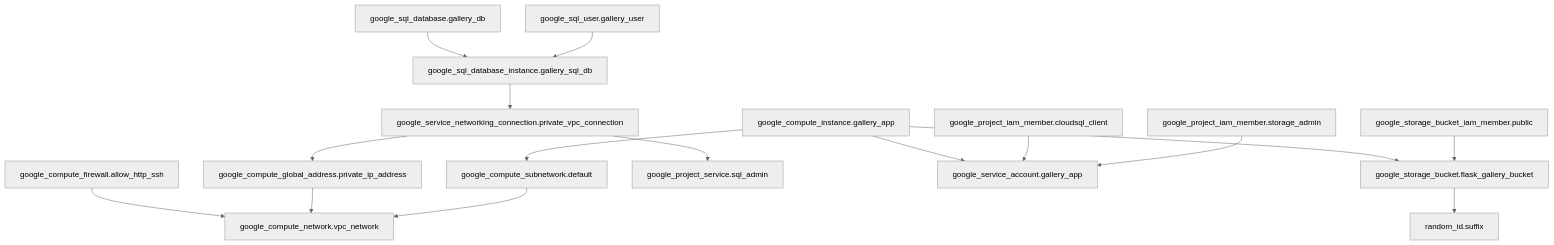
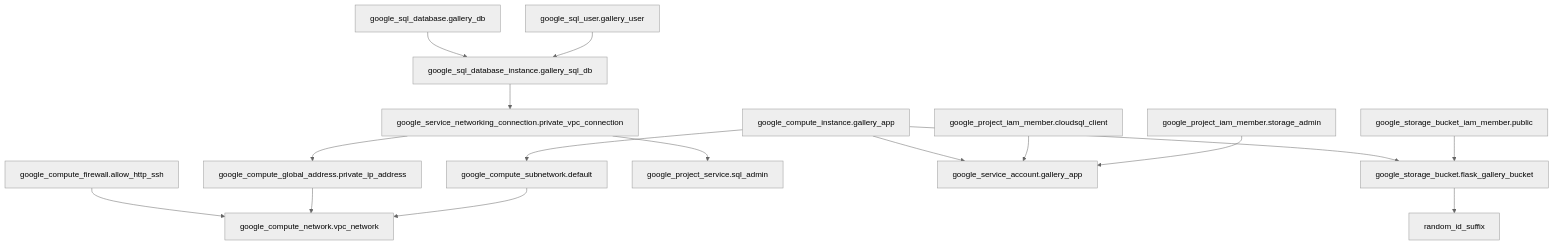
Before and after one commit to charliedough/FinalCloudComputing: the diagram in README.md, drawn with Mermaid (neutral theme).

````diff
--- a/README.md
+++ b/README.md
@@ -2,37 +2,36 @@
 ```mermaid
 flowchart TD
   %% Nodes
   google_compute_firewall_allow_http_ssh["google_compute_firewall.allow_http_ssh"]
   google_compute_global_address_private_ip_address["google_compute_global_address.private_ip_address"]
   google_compute_instance_gallery_app["google_compute_instance.gallery_app"]
   google_compute_network_vpc_network["google_compute_network.vpc_network"]
   google_compute_subnetwork_default["google_compute_subnetwork.default"]
   google_project_iam_member_cloudsql_client["google_project_iam_member.cloudsql_client"]
   google_project_iam_member_storage_admin["google_project_iam_member.storage_admin"]
   google_project_service_sql_admin["google_project_service.sql_admin"]
   google_service_account_gallery_app["google_service_account.gallery_app"]
   google_service_networking_connection_private_vpc_connection["google_service_networking_connection.private_vpc_connection"]
   google_sql_database_gallery_db["google_sql_database.gallery_db"]
   google_sql_database_instance_gallery_sql_db["google_sql_database_instance.gallery_sql_db"]
   google_sql_user_gallery_user["google_sql_user.gallery_user"]
   google_storage_bucket_flask_gallery_bucket["google_storage_bucket.flask_gallery_bucket"]
   google_storage_bucket_iam_member_public["google_storage_bucket_iam_member.public"]
-  random_id_suffix["random_id.suffix"]
 
   %% Edges
   google_compute_firewall_allow_http_ssh --> google_compute_network_vpc_network
   google_compute_global_address_private_ip_address --> google_compute_network_vpc_network
   google_compute_instance_gallery_app --> google_compute_subnetwork_default
   google_compute_instance_gallery_app --> google_service_account_gallery_app
   google_compute_instance_gallery_app --> google_storage_bucket_flask_gallery_bucket
   google_compute_subnetwork_default --> google_compute_network_vpc_network
   google_project_iam_member_cloudsql_client --> google_service_account_gallery_app
   google_project_iam_member_storage_admin --> google_service_account_gallery_app
   google_service_networking_connection_private_vpc_connection --> google_compute_global_address_private_ip_address
   google_service_networking_connection_private_vpc_connection --> google_project_service_sql_admin
   google_sql_database_gallery_db --> google_sql_database_instance_gallery_sql_db
   google_sql_database_instance_gallery_sql_db --> google_service_networking_connection_private_vpc_connection
   google_sql_user_gallery_user --> google_sql_database_instance_gallery_sql_db
   google_storage_bucket_flask_gallery_bucket --> random_id_suffix
   google_storage_bucket_iam_member_public --> google_storage_bucket_flask_gallery_bucket
 ```
````
